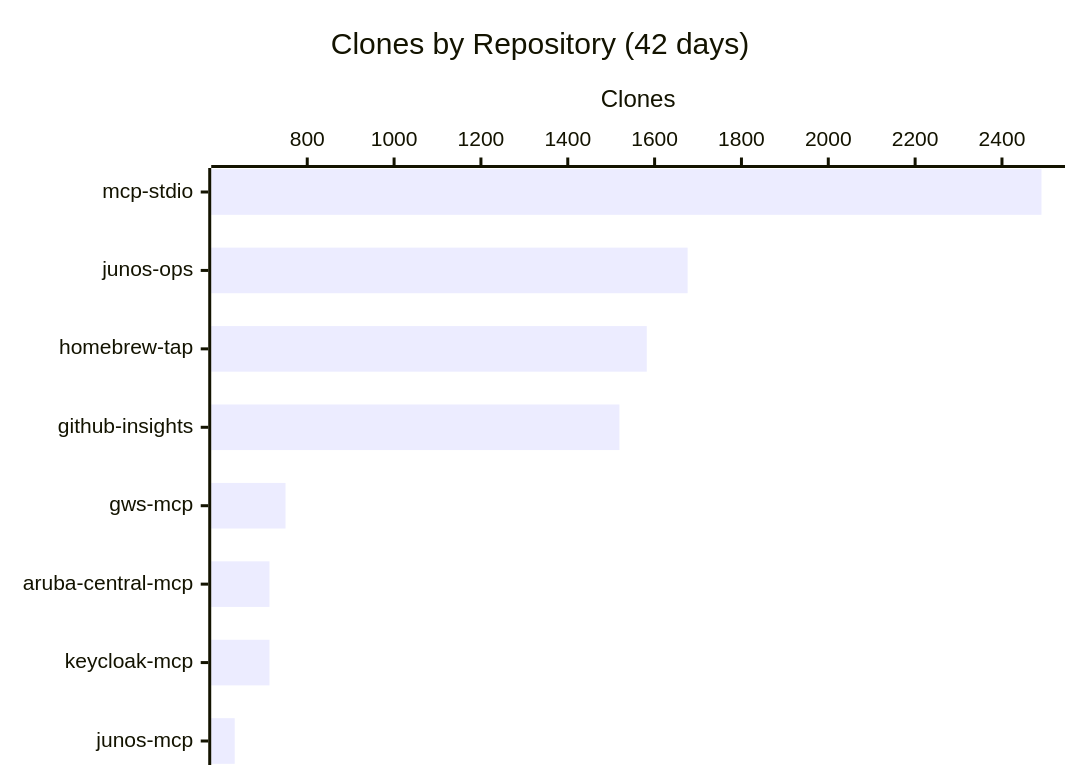
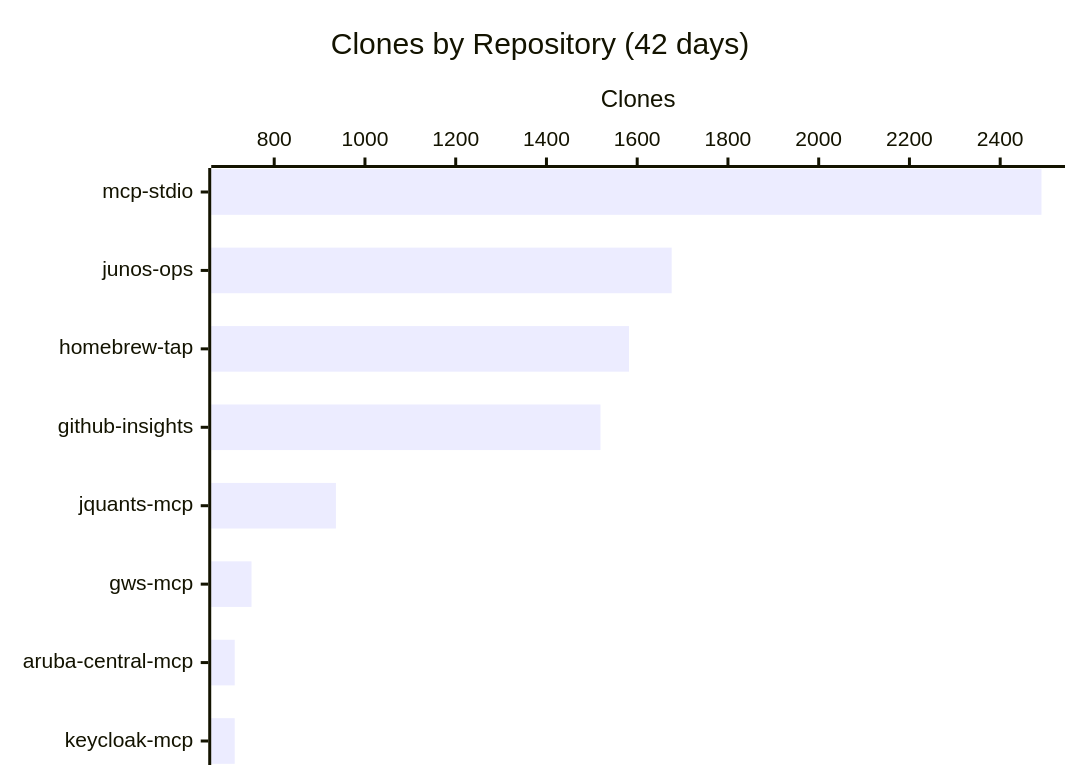
One commit to shigechika/github-insights changed the third of 3 diagrams in README.md. Above: the diagram before and after it, drawn with Mermaid. The commit also changed other lines of this file and 2 other files, not shown here.

````diff
--- a/README.md
+++ b/README.md
@@ -36,7 +36,7 @@
 ```mermaid
 xychart-beta horizontal
     title "Clones by Repository (42 days)"
-    x-axis ["mcp-stdio", "junos-ops", "homebrew-tap", "github-insights", "gws-mcp", "aruba-central-mcp", "keycloak-mcp", "junos-mcp"]
+    x-axis ["mcp-stdio", "junos-ops", "homebrew-tap", "github-insights", "jquants-mcp", "gws-mcp", "aruba-central-mcp", "keycloak-mcp"]
     y-axis "Clones"
-    bar [2491, 1676, 1582, 1519, 750, 713, 713, 633]
+    bar [2491, 1676, 1582, 1519, 936, 750, 713, 713]
 ```
````
